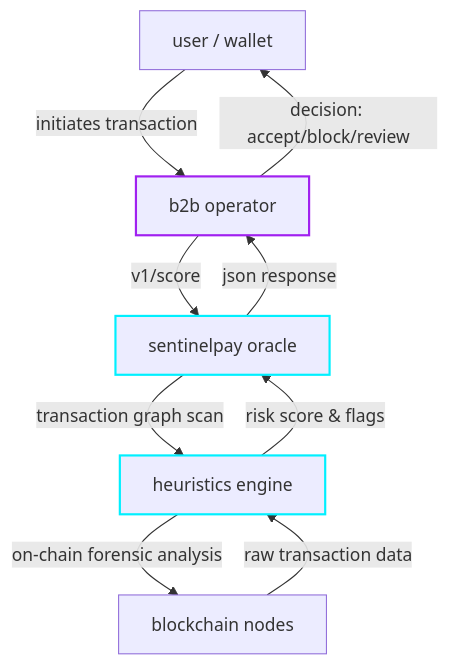
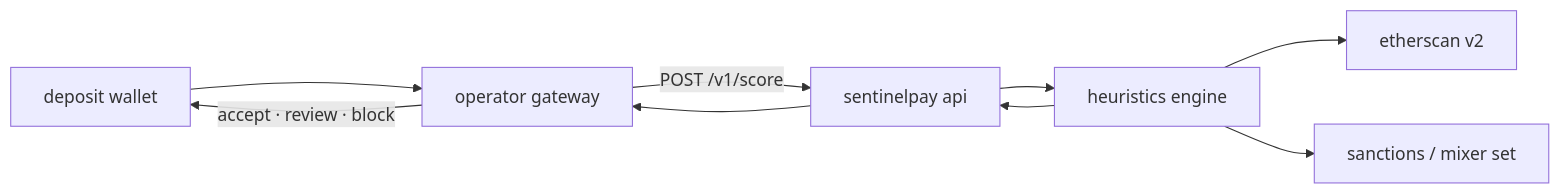
The diagram in README.md (ceemv22/sentinelpay), drawn with Mermaid before and after one commit. The commit also changed other lines of this file, not shown here.

````diff
--- a/README.md
+++ b/README.md
@@ -30,15 +25,11 @@
 ```mermaid
-graph TD
-    user[user / wallet] -->|initiates transaction| operator[b2b operator]
-    operator -->|v1/score| oracle[sentinelpay oracle]
-    oracle -->|transaction graph scan| engine[heuristics engine]
-    engine -->|on-chain forensic analysis| nodes[blockchain nodes]
-    nodes -->|raw transaction data| engine
-    engine -->|risk score & flags| oracle
-    oracle -->|json response| operator
-    operator -->|decision: accept/block/review| user
-
-    style oracle stroke:#00f0ff,stroke-width:2px
-    style engine stroke:#00f0ff,stroke-width:2px
-    style operator stroke:#a020f0,stroke-width:2px
+flowchart LR
+  wallet[deposit wallet] --> operator[operator gateway]
+  operator -->|POST /v1/score| api[sentinelpay api]
+  api --> engine[heuristics engine]
+  engine --> etherscan[etherscan v2]
+  engine --> mixers[sanctions / mixer set]
+  engine --> api
+  api --> operator
+  operator -->|accept · review · block| wallet
 ```
````
